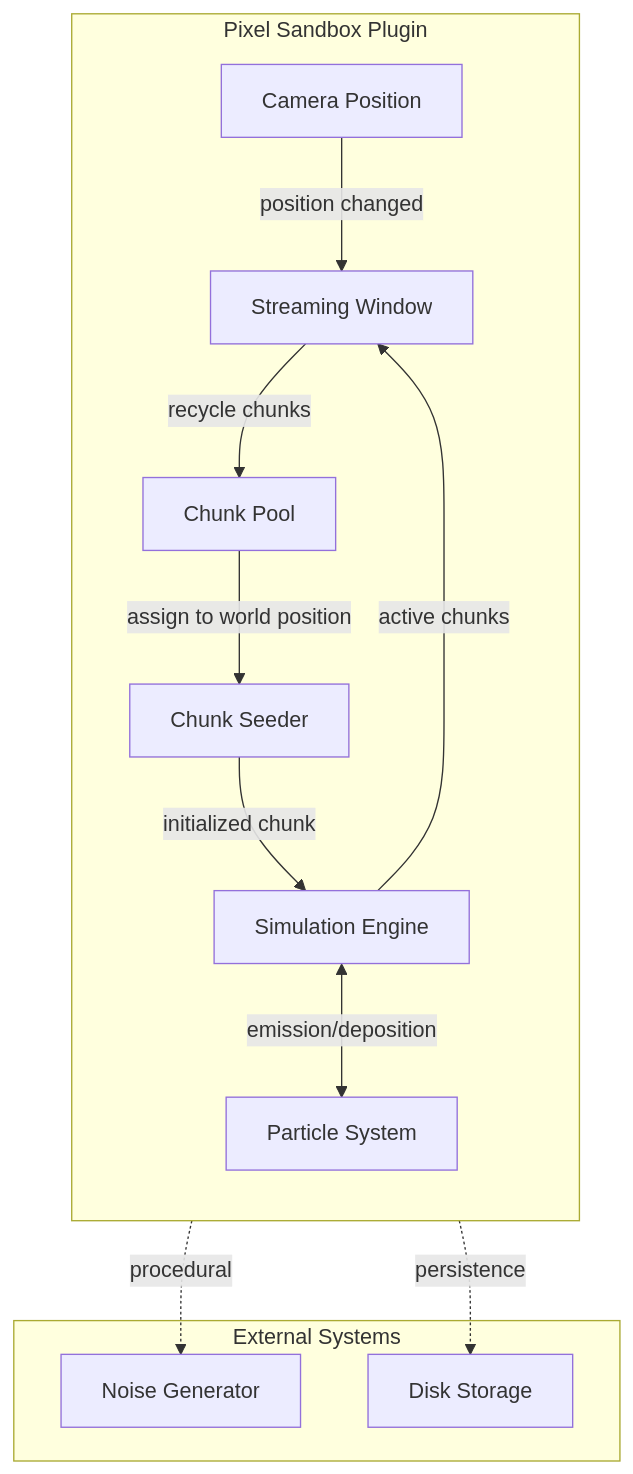
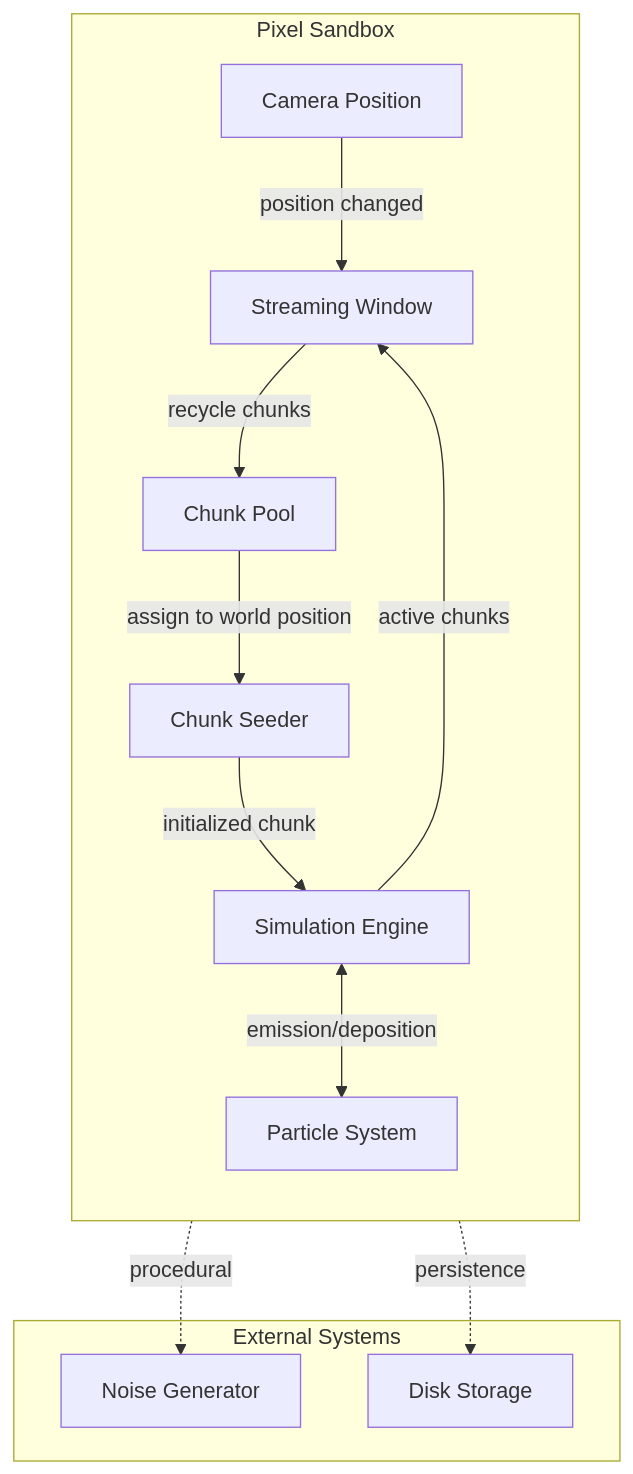
Before and after one commit to api-haus/bevy_pixel_world: the first of 2 diagrams in docs/architecture/README.md, drawn with Mermaid. The commit also changed other lines of this file and 37 other files, not shown here.

First line of the commit message:
docs: remove library framing, adopt game-first architecture

````diff
--- a/docs/architecture/README.md
+++ b/docs/architecture/README.md
@@ -14,26 +14,26 @@
 ```mermaid
 flowchart TB
-    subgraph Plugin["Pixel Sandbox Plugin"]
+    subgraph PixelSandbox["Pixel Sandbox"]
         direction TB
         Camera[Camera Position]
         Window[Streaming Window]
         Pool[Chunk Pool]
         Sim[Simulation Engine]
         Particles[Particle System]
         Seeder[Chunk Seeder]
         Camera -->|" position changed "| Window
         Window -->|" recycle chunks "| Pool
         Pool -->|" assign to world position "| Seeder
         Seeder -->|" initialized chunk "| Sim
         Sim -->|" active chunks "| Window
         Sim <-->|" emission/deposition "| Particles
     end
 
     subgraph External["External Systems"]
         Noise[Noise Generator]
         Disk[Disk Storage]
     end
 
     Seeder -.->|" procedural "| Noise
     Seeder -.->|" persistence "| Disk
 ```
````
